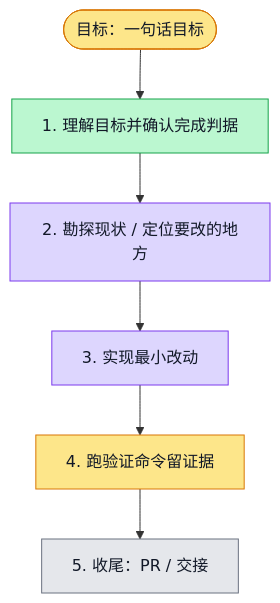
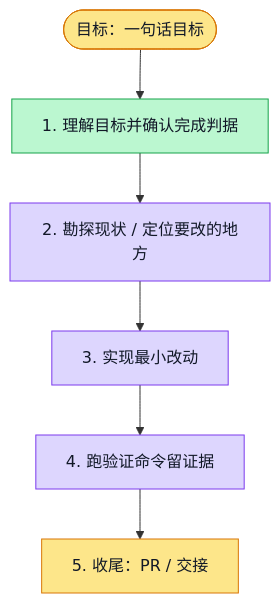
Before and after one commit to boardx/workspacex: the diagram in docs/design/i18n-chat-share/plan.md, drawn with Mermaid. The commit also changed 19 other files, not shown here.

````diff
--- a/docs/design/i18n-chat-share/plan.md
+++ b/docs/design/i18n-chat-share/plan.md
@@ -17,26 +17,27 @@
 ```mermaid
 flowchart TD
   G([目标：一句话目标])
   S1[1. 理解目标并确认完成判据]
   S2[2. 勘探现状 / 定位要改的地方]
   S3[3. 实现最小改动]
   S4[4. 跑验证命令留证据]
   S5[5. 收尾：PR / 交接]
 
   G --> S1 --> S2 --> S3 --> S4 --> S5
 
   classDef todo fill:#e5e7eb,stroke:#6b7280,color:#111827
   classDef doing fill:#fde68a,stroke:#d97706,color:#111827
   classDef done fill:#bbf7d0,stroke:#16a34a,color:#111827
   classDef tested fill:#ddd6fe,stroke:#7c3aed,color:#111827
   classDef blocked fill:#fecaca,stroke:#dc2626,color:#111827
 
   class G doing
   class S1 done
   class S2 tested
   %% evidence S2: /tmp/i18n-chat-share-red.log 4 fail; /tmp/i18n-chat-share-green.log 17 pass
   class S3 tested
-  %% evidence S3: /tmp/i18n-chat-share-green.log:17 pass; source59df0eb57 exactreview no findings; ESLint/wiring/spec gate pass
-  class S4 doing
-  class S5 todo
+  %% evidence S3: 35/35 selected cases, targeted ESLint, exact sourceccd7a80d0 review no findings
+  class S4 tested
+  %% evidence S4: evidence/i18n-chat-share-6176/browser.log: real publish/read/reload/revoke1/1,5m53s,375&1440 inspected,4stacks0
+  class S5 doing
 ```
````
